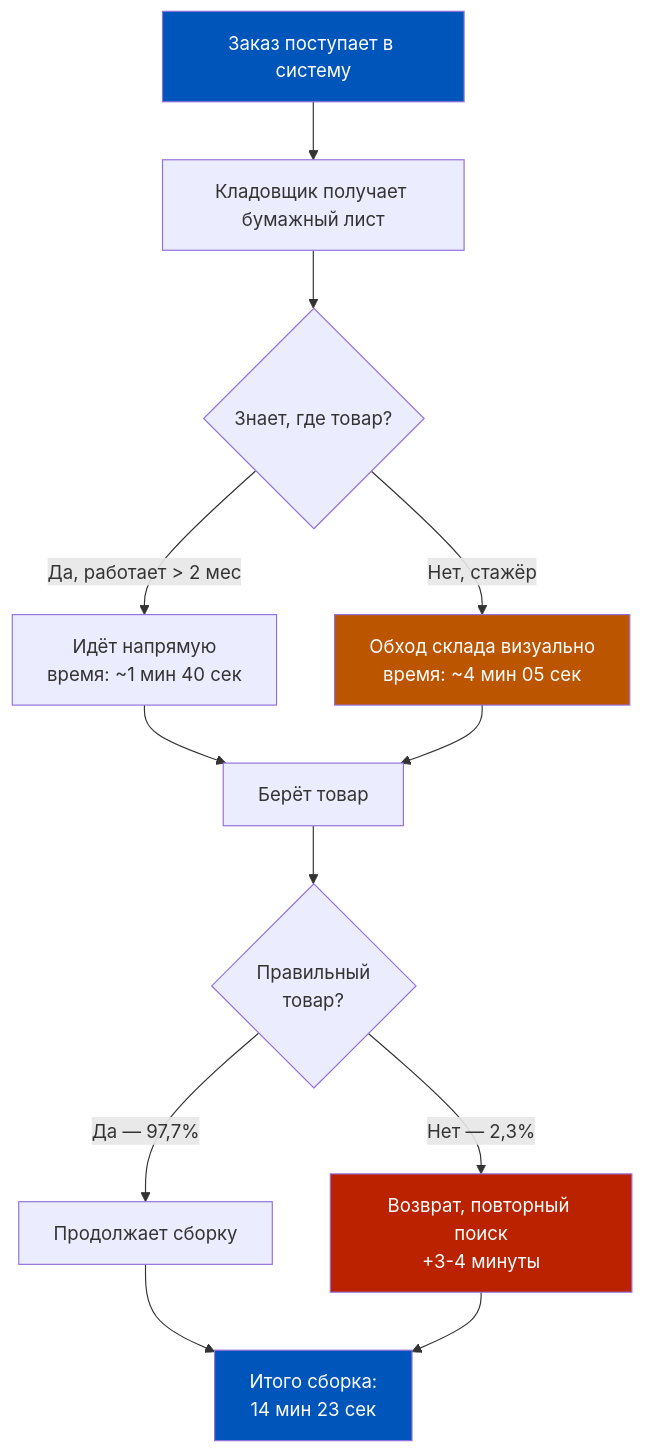
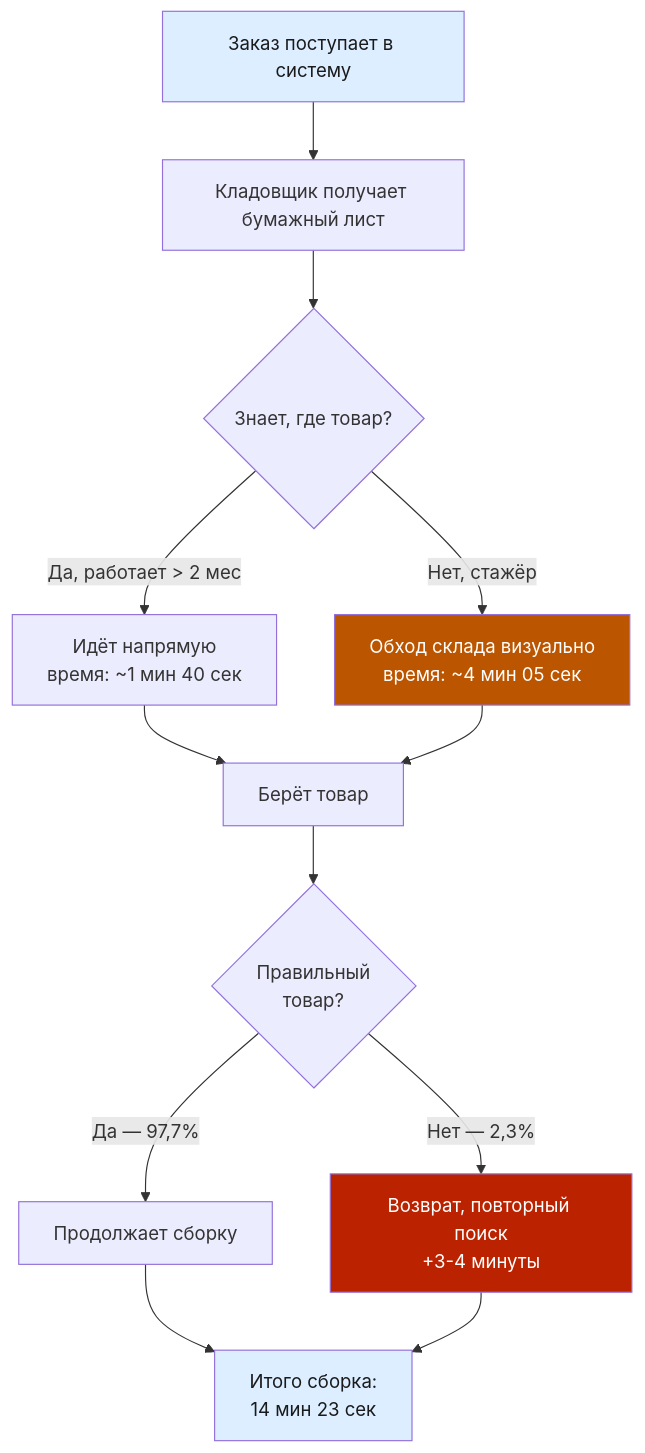
Before and after one commit to murad1986/1c-erp-quartz: the first of 8 diagrams in content/1c-erp/week_4/Неделя 4 - День 7 - История Ozon Express.md, drawn with Mermaid. The commit also changed other lines of this file and 57 other files, not shown here.

First line of the commit message:
fix: Mermaid — пастельные цвета в источниках диаграмм (56 файлов)

````diff
--- a/content/1c-erp/week_4/Неделя 4 - День 7 - История Ozon Express.md
+++ b/content/1c-erp/week_4/Неделя 4 - День 7 - История Ozon Express.md
@@ -146,19 +146,19 @@
 ```mermaid
 flowchart TD
     A[Заказ поступает в систему] --> B[Кладовщик получает бумажный лист]
     B --> C{Знает, где товар?}
     C -->|Да, работает > 2 мес| D[Идёт напрямую<br/>время: ~1 мин 40 сек]
     C -->|Нет, стажёр| E[Обход склада визуально<br/>время: ~4 мин 05 сек]
     D --> F[Берёт товар]
     E --> F
     F --> G{Правильный<br/>товар?}
     G -->|Да — 97,7%| H[Продолжает сборку]
     G -->|Нет — 2,3%| I[Возврат, повторный поиск<br/>+3-4 минуты]
     H --> J[Итого сборка:<br/>14 мин 23 сек]
     I --> J
 
-    style A fill:#0055BB,color:#fff
-    style J fill:#0055BB,color:#fff
+    style A fill:#dceeff,color:#1a1a1a
+    style J fill:#dceeff,color:#1a1a1a
     style I fill:#BB2200,color:#fff
     style E fill:#BB5500,color:#fff
 ```
````
